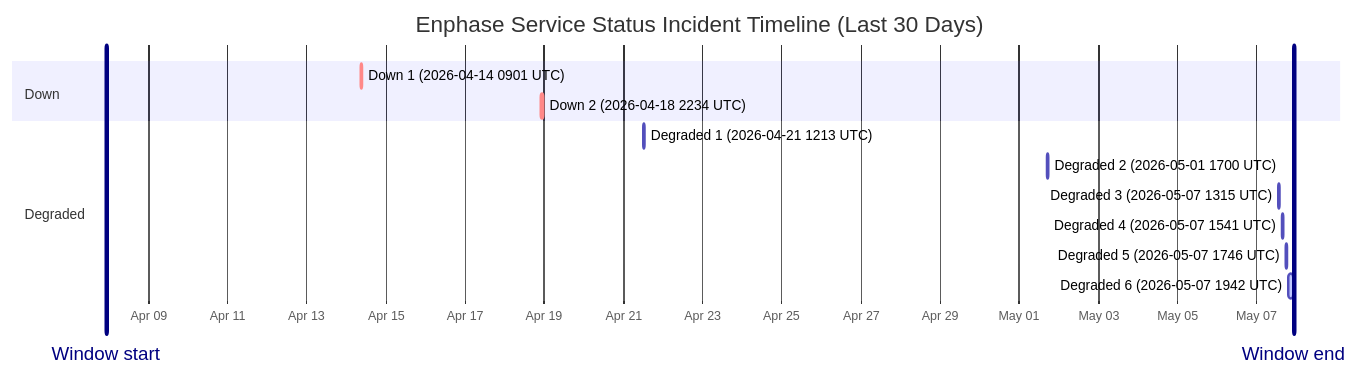
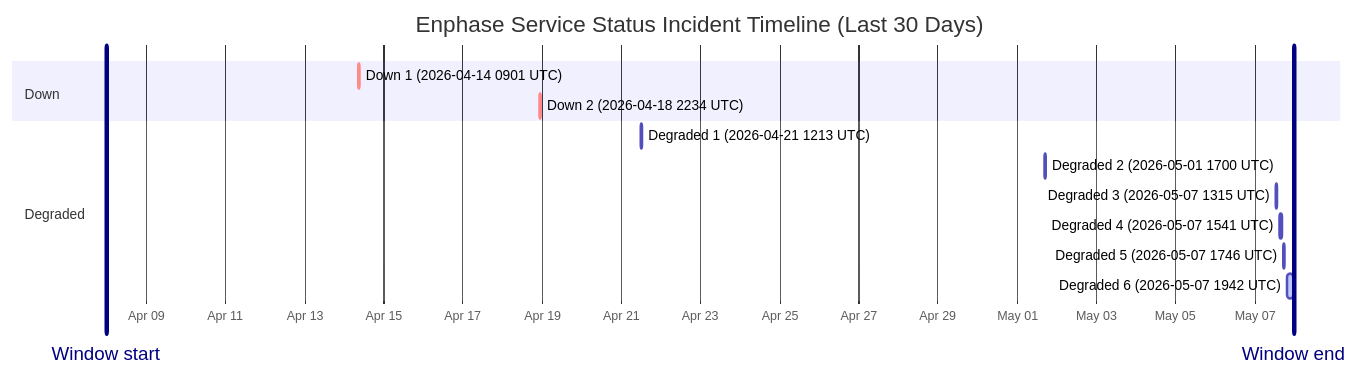
The diagram in wiki/Service-Status-History.md (barneyonline/ha-enphase-ev-charger), drawn with Mermaid before and after one commit. The commit also changed other lines of this file and 4 other files, not shown here.

````diff
--- a/wiki/Service-Status-History.md
+++ b/wiki/Service-Status-History.md
@@ -14,18 +14,18 @@
 ```mermaid
 gantt
     title Enphase Service Status Incident Timeline (Last 30 Days)
     dateFormat  YYYY-MM-DDTHH:mm:ss
     axisFormat  %b %d
-    Window start :vert, window-start, 2026-04-07T22:34:13, 0ms
-    Window end :vert, window-end, 2026-05-07T22:34:13, 0ms
+    Window start :vert, window-start, 2026-04-07T23:52:09, 0ms
+    Window end :vert, window-end, 2026-05-07T23:52:09, 0ms
     section Down
     Down 1 (2026-04-14 0901 UTC) :crit, down-1, 2026-04-14T09:01:13, 60m
     Down 2 (2026-04-18 2234 UTC) :crit, down-2, 2026-04-18T22:34:13, 60m
     section Degraded
     Degraded 1 (2026-04-21 1213 UTC) :active, degraded-1, 2026-04-21T12:13:11, 60m
     Degraded 2 (2026-05-01 1700 UTC) :active, degraded-2, 2026-05-01T17:00:22, 60m
     Degraded 3 (2026-05-07 1315 UTC) :active, degraded-3, 2026-05-07T13:15:25, 60m
     Degraded 4 (2026-05-07 1541 UTC) :active, degraded-4, 2026-05-07T15:41:58, 60m
     Degraded 5 (2026-05-07 1746 UTC) :active, degraded-5, 2026-05-07T17:46:51, 60m
-    Degraded 6 (2026-05-07 1942 UTC) :active, degraded-6, 2026-05-07T19:42:10, 172m
+    Degraded 6 (2026-05-07 1942 UTC) :active, degraded-6, 2026-05-07T19:42:10, 249m
 ```
````
